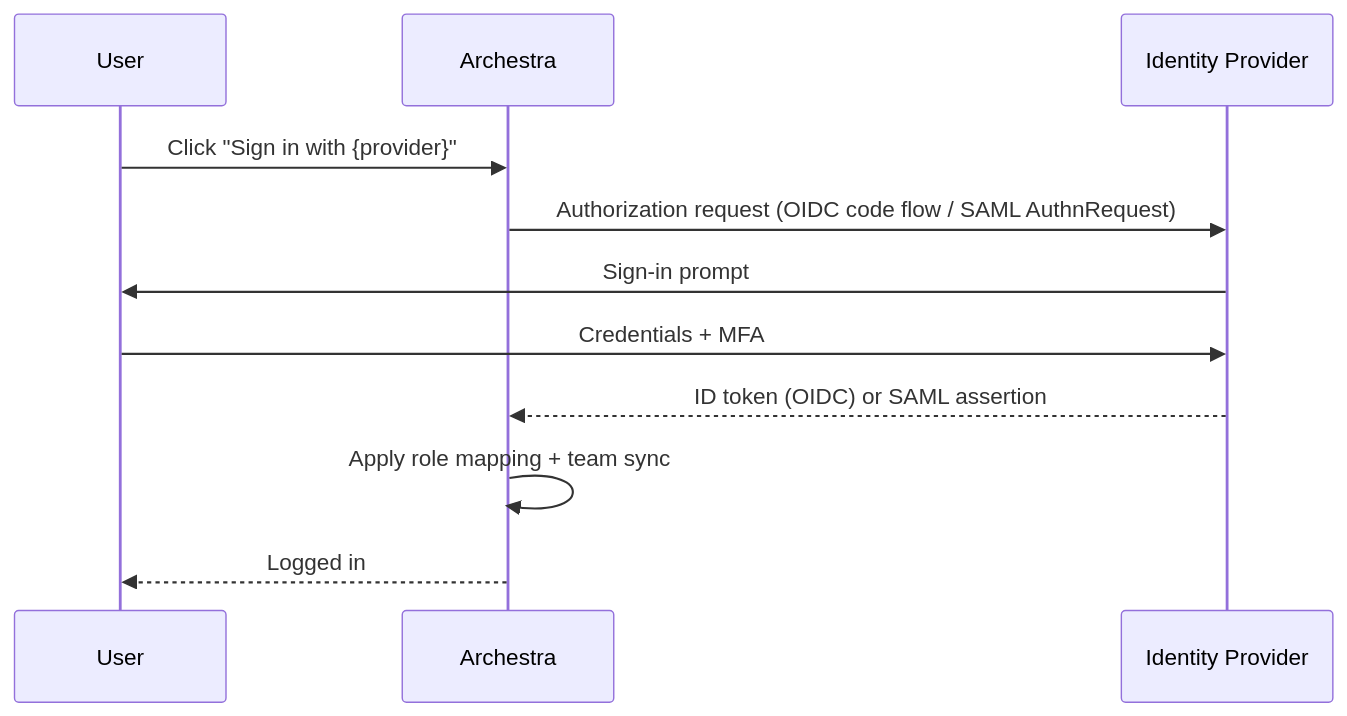
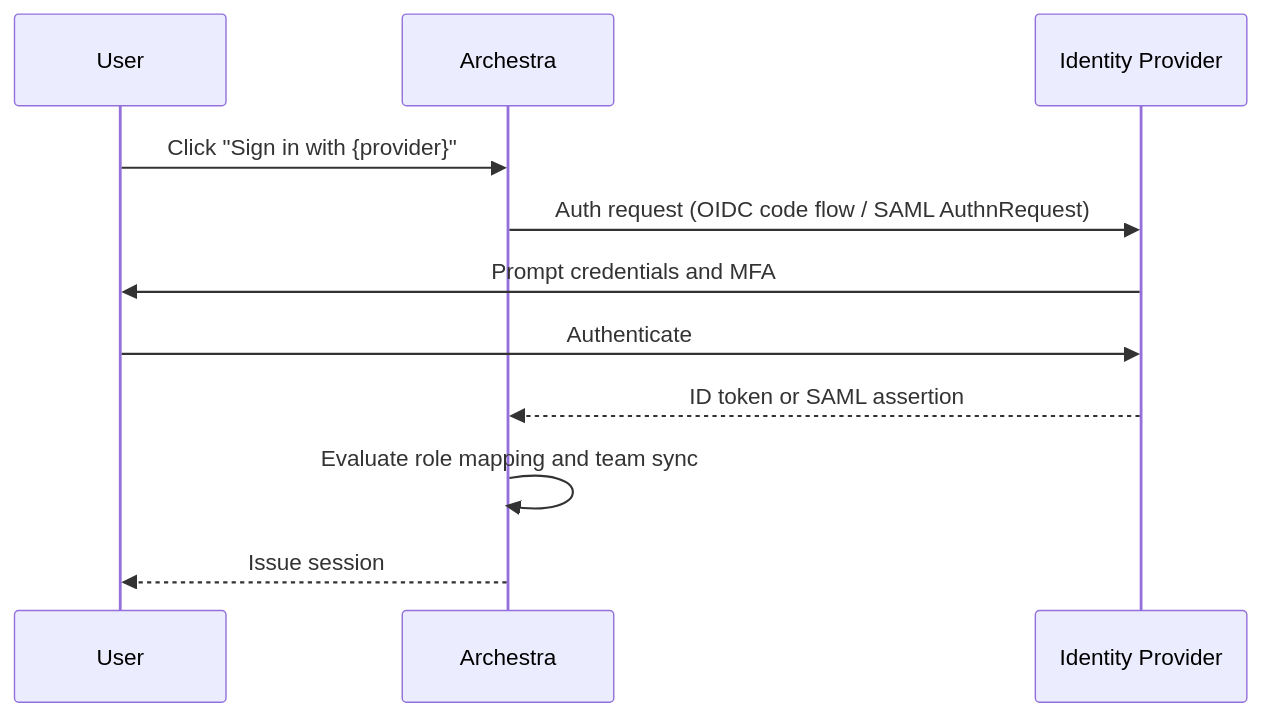
Before and after one commit to archestra-ai/archestra: the diagram in docs/pages/admin/identity/sso.md, drawn with Mermaid. The commit also changed other lines of this file and 11 other files, not shown here.

````diff
--- a/docs/pages/admin/identity/sso.md
+++ b/docs/pages/admin/identity/sso.md
@@ -23,14 +16,14 @@
 ```mermaid
 sequenceDiagram
-    participant U as User
-    participant A as Archestra
-    participant I as Identity Provider
+    participant User
+    participant Archestra
+    participant IdP as Identity Provider
 
-    U->>A: Click "Sign in with {provider}"
-    A->>I: Authorization request (OIDC code flow / SAML AuthnRequest)
-    I->>U: Sign-in prompt
-    U->>I: Credentials + MFA
-    I-->>A: ID token (OIDC) or SAML assertion
-    A->>A: Apply role mapping + team sync
-    A-->>U: Logged in
+    User->>Archestra: Click "Sign in with {provider}"
+    Archestra->>IdP: Auth request (OIDC code flow / SAML AuthnRequest)
+    IdP->>User: Prompt credentials and MFA
+    User->>IdP: Authenticate
+    IdP-->>Archestra: ID token or SAML assertion
+    Archestra->>Archestra: Evaluate role mapping and team sync
+    Archestra-->>User: Issue session
 ```
````
